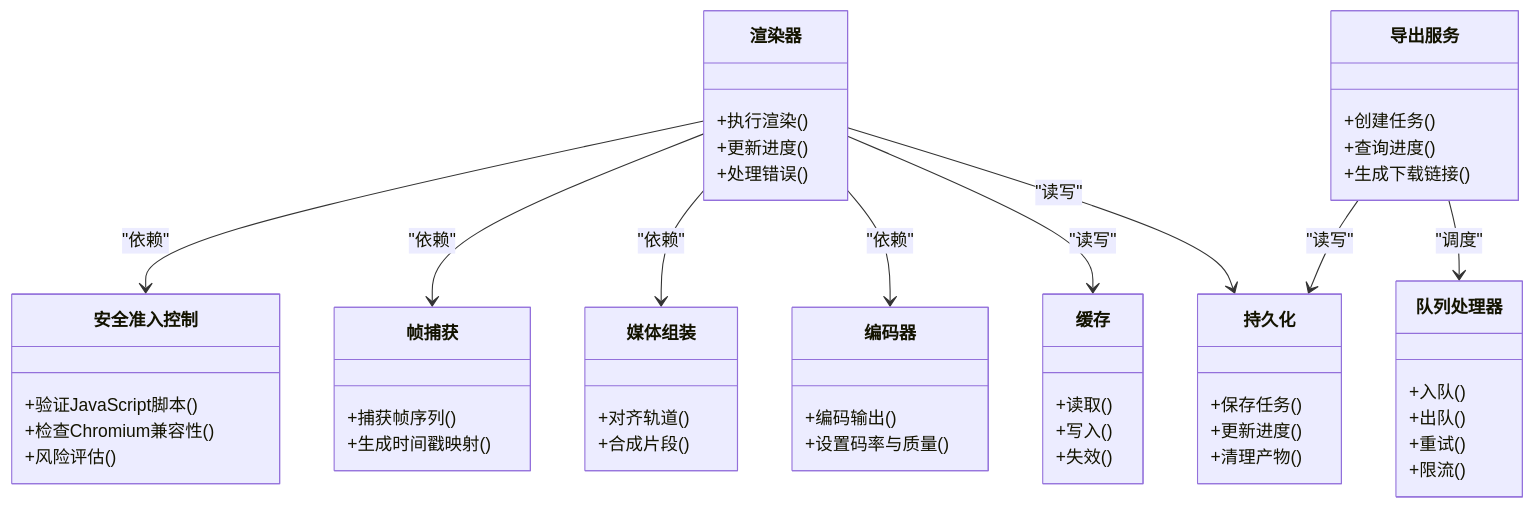
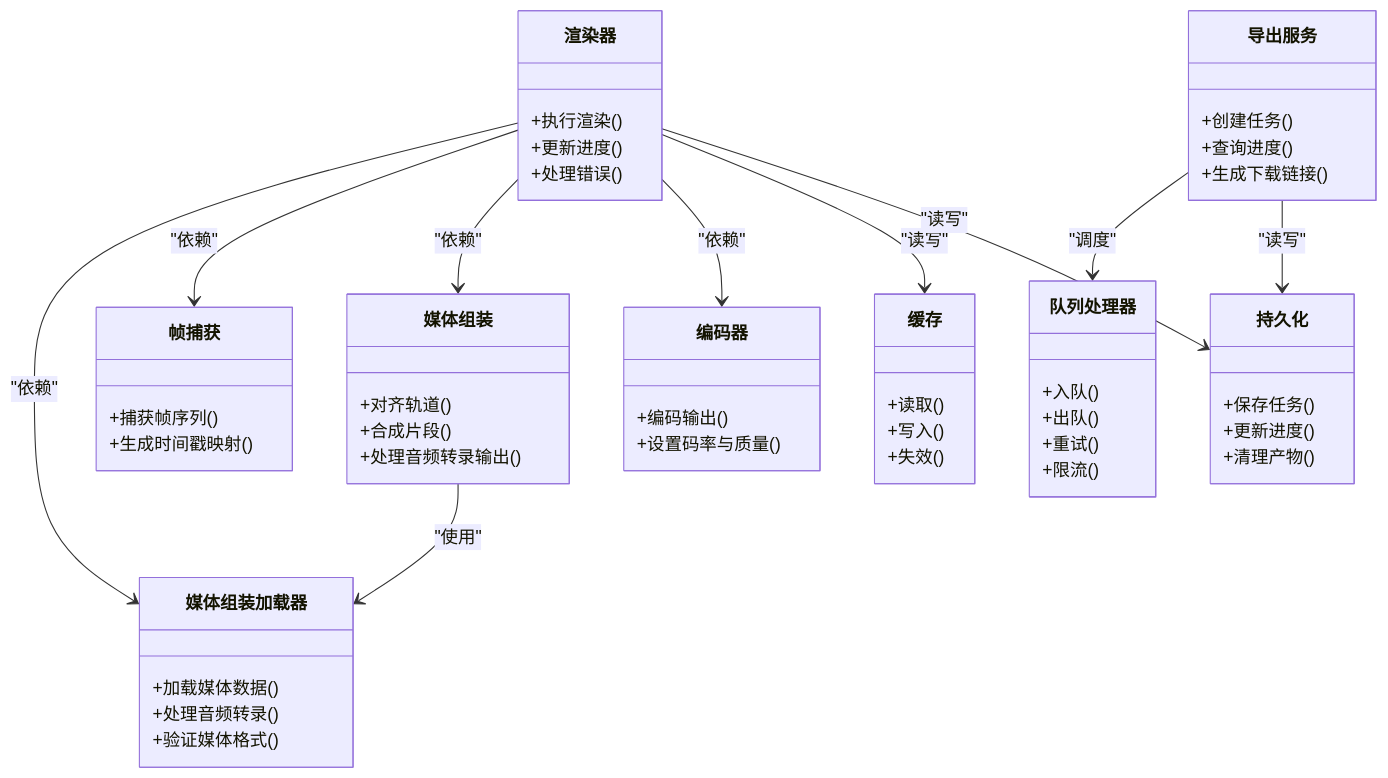
The fourth of 4 diagrams in .qoder/repowiki/zh/content/渲染引擎/渲染流水线/渲染流水线.md (scottcwy/PurpleInk), drawn with Mermaid before and after one commit. The commit also changed other lines of this file and 29 other files, not shown here.

````diff
--- a/.qoder/repowiki/zh/content/渲染引擎/渲染流水线/渲染流水线.md
+++ b/.qoder/repowiki/zh/content/渲染引擎/渲染流水线/渲染流水线.md
@@ -389,54 +392,56 @@
 ```mermaid
 classDiagram
 class 渲染器 {
 +执行渲染()
 +更新进度()
 +处理错误()
 }
-class 安全准入控制 {
-+验证JavaScript脚本()
-+检查Chromium兼容性()
-+风险评估()
+class 媒体组装加载器 {
++加载媒体数据()
++处理音频转录()
++验证媒体格式()
 }
 class 帧捕获 {
 +捕获帧序列()
 +生成时间戳映射()
 }
 class 媒体组装 {
 +对齐轨道()
 +合成片段()
++处理音频转录输出()
 }
 class 编码器 {
 +编码输出()
 +设置码率与质量()
 }
 class 导出服务 {
 +创建任务()
 +查询进度()
 +生成下载链接()
 }
 class 队列处理器 {
 +入队()
 +出队()
 +重试()
 +限流()
 }
 class 缓存 {
 +读取()
 +写入()
 +失效()
 }
 class 持久化 {
 +保存任务()
 +更新进度()
 +清理产物()
 }
-渲染器 --> 安全准入控制 : "依赖"
+渲染器 --> 媒体组装加载器 : "依赖"
 渲染器 --> 帧捕获 : "依赖"
 渲染器 --> 媒体组装 : "依赖"
 渲染器 --> 编码器 : "依赖"
 渲染器 --> 缓存 : "读写"
 渲染器 --> 持久化 : "读写"
+媒体组装 --> 媒体组装加载器 : "使用"
 导出服务 --> 队列处理器 : "调度"
 导出服务 --> 持久化 : "读写"
 ```
````
